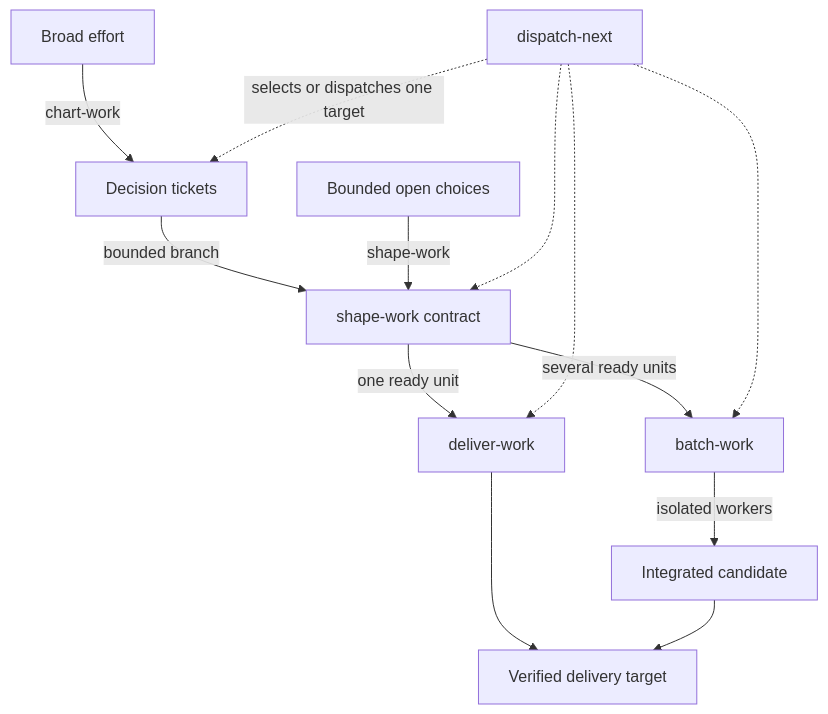
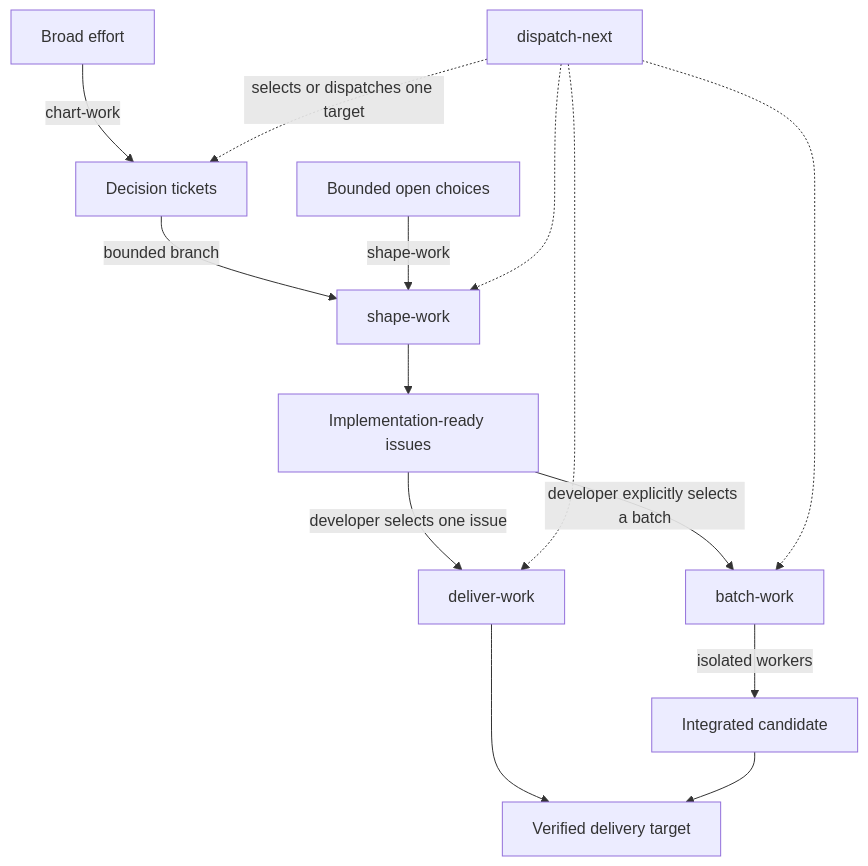
One commit to sockulags/agent-os changed the diagram in docs-site/guide/the-work-loop.md. Above: the diagram before and after it, drawn with Mermaid. The commit also changed other lines of this file and 36 other files, not shown here.

Commit message:
Release 0.7.0 delivery-ready issues

````diff
--- a/docs-site/guide/the-work-loop.md
+++ b/docs-site/guide/the-work-loop.md
@@ -10,15 +10,16 @@
 ```mermaid
 flowchart TD
     A[Broad effort] -->|chart-work| B[Decision tickets]
-    B -->|bounded branch| C[shape-work contract]
+    B -->|bounded branch| C[shape-work]
     A2[Bounded open choices] -->|shape-work| C
-    C -->|one ready unit| D[deliver-work]
-    C -->|several ready units| E[batch-work]
+    C --> I[Implementation-ready issues]
+    I -->|developer selects one issue| D[deliver-work]
+    I -->|developer explicitly selects a batch| E[batch-work]
     E -->|isolated workers| F[Integrated candidate]
     D --> G[Verified delivery target]
     F --> G
     H[dispatch-next] -.->|selects or dispatches one target| B
     H -.-> C
     H -.-> D
     H -.-> E
 ```
````
